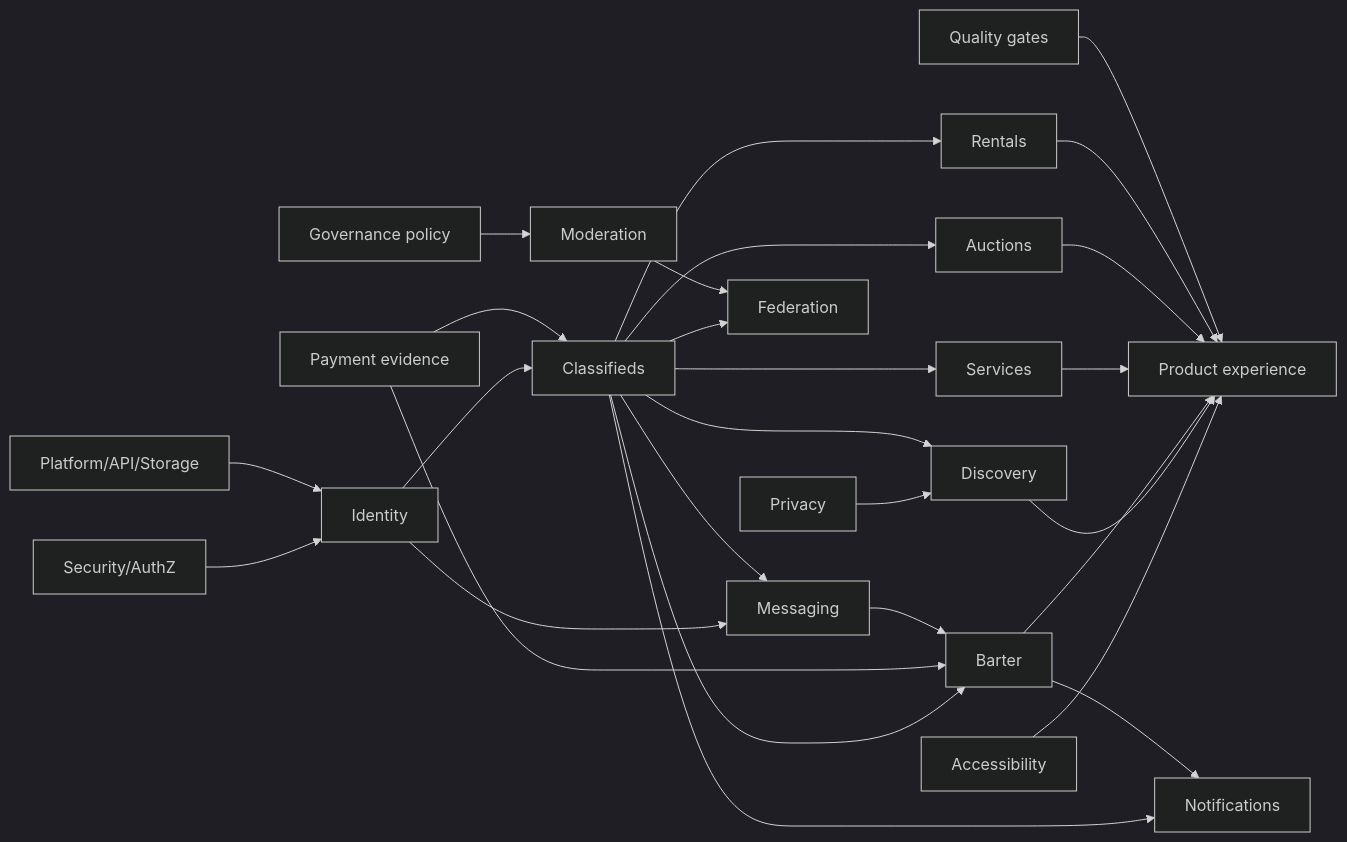
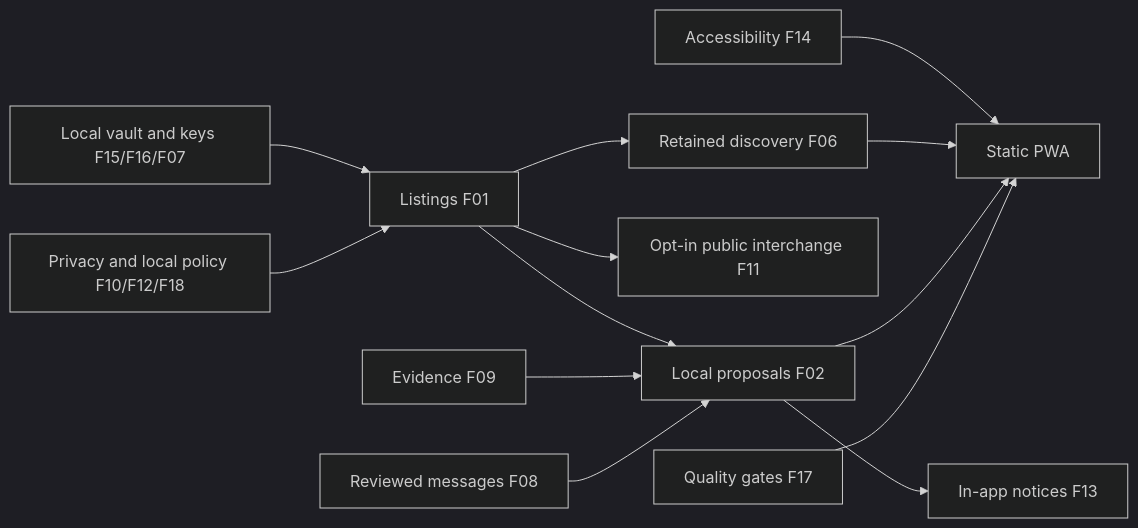
The diagram in planning/INTEGRATION_DEPENDENCIES.md (djshellshoxxx/CLASSifiedisRUPTed), drawn with Mermaid (dark theme) before and after one commit. The commit also changed other lines of this file and 342 other files, not shown here.

Commit message:
docs: reconcile client-owned architecture and specification inventory

````diff
--- a/planning/INTEGRATION_DEPENDENCIES.md
+++ b/planning/INTEGRATION_DEPENDENCIES.md
@@ -28,29 +36,15 @@
-~~~mermaid
+```mermaid
 flowchart LR
-  F18[Governance policy] --> F12[Moderation]
-  F16[Security/AuthZ] --> F07[Identity]
-  F15[Platform/API/Storage] --> F07
-  F07 --> F01[Classifieds]
-  F10[Privacy] --> F06[Discovery]
-  F01 --> F06
-  F01 --> F02[Barter]
-  F07 --> F08[Messaging]
-  F01 --> F08
-  F09[Payment evidence] --> F01
-  F09 --> F02
-  F08 --> F02
-  F01 --> F03[Services]
-  F01 --> F04[Auctions]
-  F01 --> F05[Rentals]
-  F01 --> F11[Federation]
-  F12 --> F11
-  F01 --> F13[Notifications]
-  F02 --> F13
-  F14[Accessibility] --> PWA[Product experience]
-  F06 --> PWA
-  F02 --> PWA
-  F03 --> PWA
-  F04 --> PWA
-  F05 --> PWA
-  F17[Quality gates] --> PWA
-~~~
+  V[Local vault and keys F15/F16/F07] --> L[Listings F01]
+  P[Privacy and local policy F10/F12/F18] --> L
+  L --> D[Retained discovery F06]
+  L --> B[Local proposals F02]
+  E[Evidence F09] --> B
+  M[Reviewed messages F08] --> B
+  L --> X[Opt-in public interchange F11]
+  B --> N[In-app notices F13]
+  A[Accessibility F14] --> UI[Static PWA]
+  D --> UI
+  B --> UI
+  Q[Quality gates F17] --> UI
+```
````
